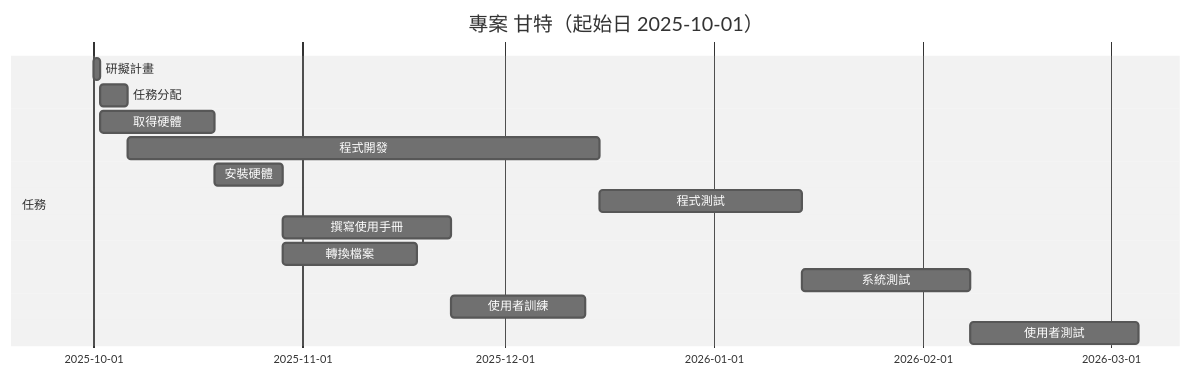
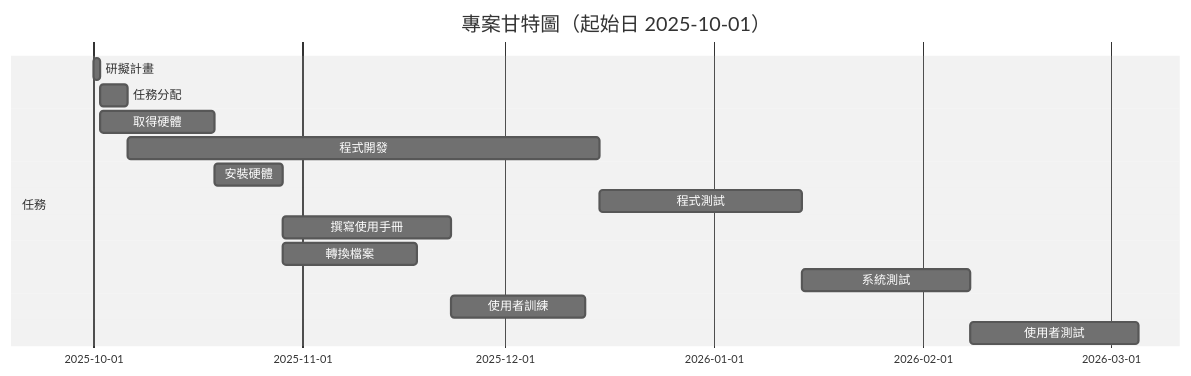
One commit to shu498/C112118231 changed the second of 2 diagrams in hw2.md. Above: the diagram before and after it, drawn with Mermaid (neutral theme).

Commit message:
Update Gantt chart title formatting

````diff
--- a/hw2.md
+++ b/hw2.md
@@ -54,17 +54,17 @@
 ```mermaid
 gantt
   dateFormat  YYYY-MM-DD
-  title 專案 甘特（起始日 2025-10-01）
+  title 專案甘特圖（起始日 2025-10-01）
   section 任務
   研擬計畫       :a1, 2025-10-01, 1d
   任務分配       :a2, 2025-10-02, 4d
   取得硬體       :a3, 2025-10-02, 17d
   程式開發       :a4, 2025-10-06, 70d
   安裝硬體       :a5, 2025-10-19, 10d
   程式測試       :a6, 2025-12-15, 30d
   撰寫使用手冊   :a7, 2025-10-29, 25d
   轉換檔案       :a8, 2025-10-29, 20d
   系統測試       :a9, 2026-01-14, 25d
   使用者訓練     :a10,2025-11-23, 20d
   使用者測試     :a11,2026-02-08, 25d
 ```
````
